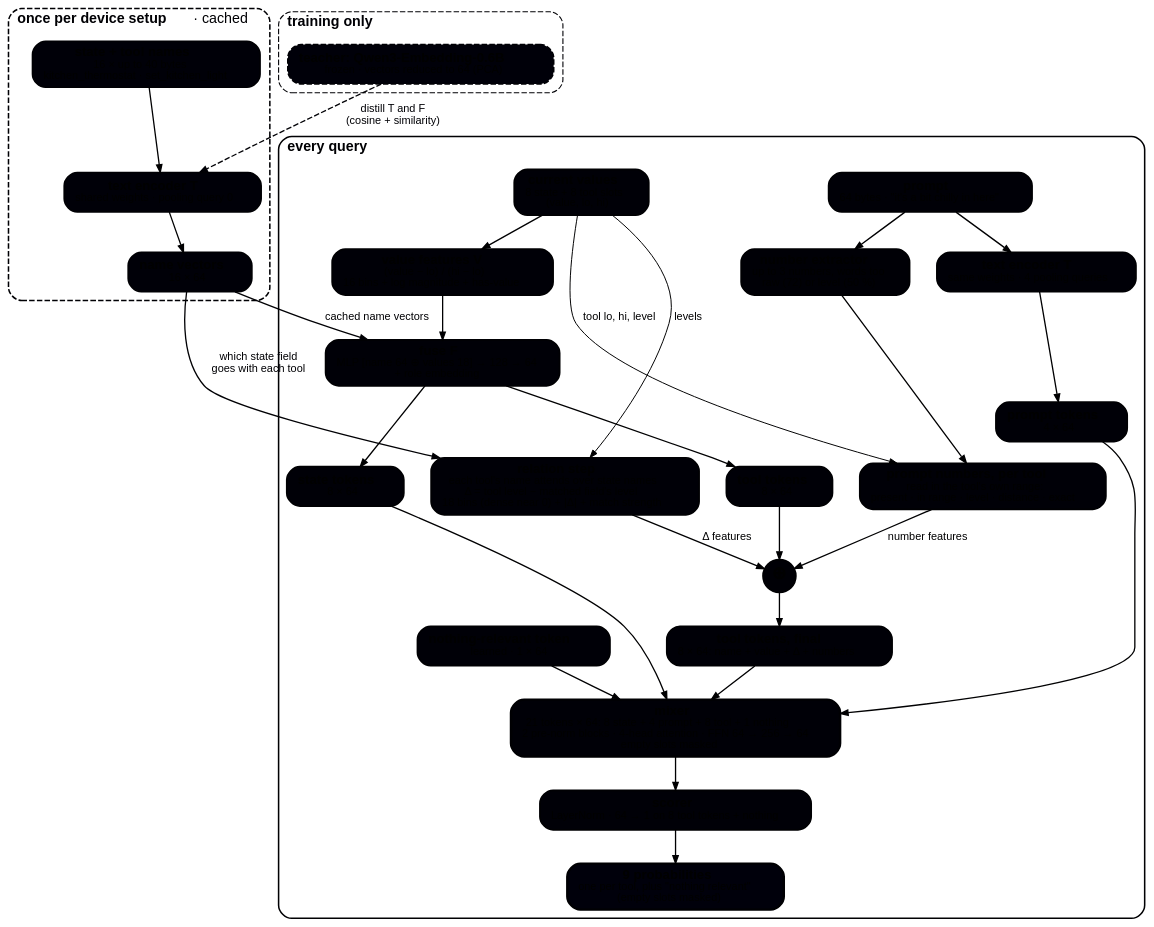
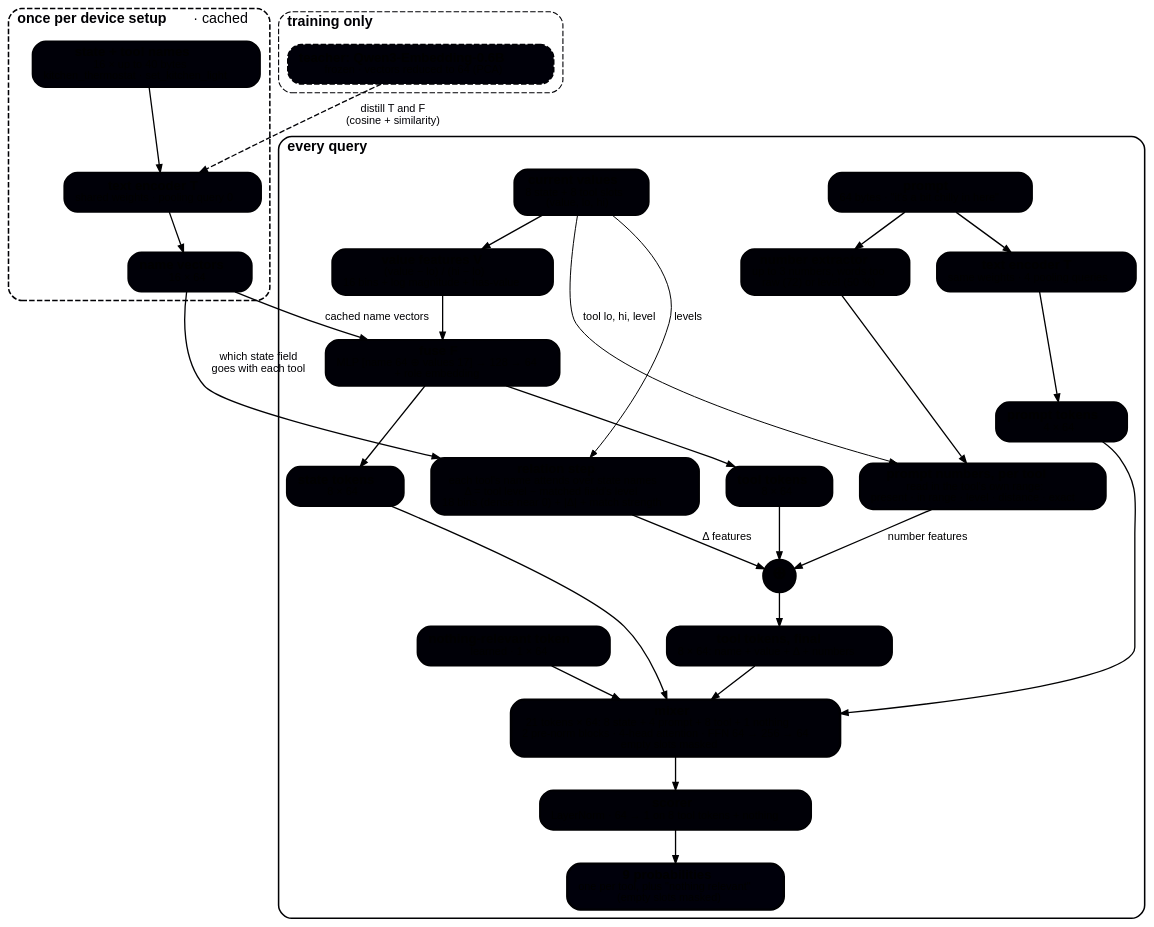
Before and after one commit to tlack/dink: the diagram in docs/architecture.dot, drawn with Graphviz. The commit also changed 7 other files, not shown here.

Commit message:
README for release: Dink illustration, worked examples, v13 results, limitations, exact v13 recipe; LICENSE covers weights (drop stray paragraph from another project); docs: fix architecture numbers, mark PLAN/scenarios as working notes, drop local paths

```diff
--- a/docs/architecture.dot
+++ b/docs/architecture.dot
@@ -1,80 +1,80 @@
 // Dink network, v2 (2026-09-26). Rendered by docs/render_architecture.py.
 // Colors are placeholders (#0000xx) that the renderer maps to theme colors:
 //   01 ink  02 muted  03 query  04 cached  05 train  06 panel  07 query fill  08 cached fill
 //   09 train fill  0a rule  0b output fill
 digraph dink {
   graph [rankdir=TB, bgcolor="transparent", fontname="Helvetica", fontsize=13, fontcolor="#000001",
          nodesep=0.35, ranksep=0.42, pad=0.2, newrank=true, compound=true];
   node  [shape=box, style="rounded,filled", fontname="Helvetica", fontsize=12, fontcolor="#000001",
          color="#000003", fillcolor="#000007", penwidth=1.6, margin="0.14,0.07"];
   edge  [color="#000002", penwidth=1.2, arrowsize=0.7, fontname="Helvetica", fontsize=10, fontcolor="#000002"];
 
   subgraph cluster_setup {
     label=<<b>once per device setup</b> · cached>; labeljust=l; style="rounded,dashed"; color="#000004";
     fontcolor="#000004"; penwidth=1.4;
     node [color="#000004", fillcolor="#000008"];
     names  [label=<<b>state + tool names</b><br/><font point-size="10">16 × up to 40 bytes<br/>kitchen_thermostat · set_kitchen_light</font>>];
     tn     [label=<<b>text encoder T</b><br/><font point-size="10">shared weights · pooling query 0</font>>];
     nvec   [label=<<b>name vectors</b><br/><font point-size="10">16 × 64</font>>];
     names -> tn -> nvec;
   }
 
   subgraph cluster_query {
     label=<<b>every query</b>>; labeljust=l; style="rounded"; color="#000003"; fontcolor="#000003"; penwidth=1.4;
 
     prompt [label=<<b>prompt</b><br/><font point-size="10">64 bytes · "it's a bit chilly in here"</font>>];
     vals   [label=<<b>current values</b><br/><font point-size="10">8 state + 8 tool slots<br/>(value, lo, hi)</font>>];
 
     tp     [label=<<b>text encoder T</b><br/><font point-size="10">same weights · 4 pooling queries</font>>];
     nums   [label=<<b>number extractor</b><br/><font point-size="10">up to 3 numbers, words too<br/>raw (72) or level (50 %)</font>>, fillcolor="#000006"];
     vfeat  [label=<<b>value features V</b><br/><font point-size="10">(value − lo) / (hi − lo)<br/>16 bins + log magnitude + has-value</font>>];
 
-    fuse   [label=<<b>fuse F</b><br/><font point-size="10">MLP [name 64 ⊕ values 18] → 128 → 64<br/>+ role embedding</font>>];
+    fuse   [label=<<b>fuse F</b><br/><font point-size="10">MLP [name 64 ⊕ values 17] → 128 → 64<br/>+ role embedding</font>>];
     ptok   [label=<<b>prompt tokens</b><br/><font point-size="10">4 × 64</font>>];
     stok   [label=<<b>state tokens</b><br/><font point-size="10">8 × 64</font>>];
     ttok   [label=<<b>tool tokens</b><br/><font point-size="10">8 × 64</font>>];
 
     rel    [label=<<b>relation step</b><br/><font point-size="10">each tool's name attends over state names<br/>Δ = tool level − matched field's level<br/>18 bins (dense near 0) + |Δ| + match strength</font>>];
     pnum   [label=<<b>prompt numbers, per tool</b><br/><font point-size="10">read in the tool's own range:<br/>present · in range · level · distance · exact</font>>];
     none   [label=<<b>nothing-relevant token</b><br/><font point-size="10">learned · 1 × 64</font>>];
 
     mixer  [label=<<b>mixer</b><br/><font point-size="10">21 tokens × 64: 8 state + 4 prompt + 8 tool + 1 nothing<br/>2 pre-norm blocks · 4-head attention · FFN 64 → 256 → 64<br/>empty slots masked</font>>, penwidth=2.2];
     score  [label=<<b>scorer</b><br/><font point-size="10">LayerNorm · 64 → 1 on 8 tool tokens + nothing</font>>];
     out    [label=<<b>9 probabilities</b><br/><font point-size="10">one per tool, plus "nothing relevant"<br/>(empty slots masked)</font>>, fillcolor="#00000b", penwidth=2.2];
 
     plus   [label=<<b>⊕</b>>, shape=circle, fixedsize=true, width=0.42, fontsize=16, fillcolor="#000006"];
     ttok2  [label=<<b>tool tokens, final</b><br/><font point-size="10">8 × 64: name + value + Δ + numbers</font>>];
 
     prompt -> tp -> ptok;
     prompt -> nums;
     vals -> vfeat -> fuse;
     vals -> rel  [label=" levels", penwidth=0.9];
     vals -> pnum [label=" tool lo, hi, level", penwidth=0.9];
     fuse -> stok;
     fuse -> ttok;
     nums -> pnum;
     ttok -> plus;
     rel  -> plus [label=" Δ features"];
     pnum -> plus [label=" number features"];
     plus -> ttok2;
     ptok  -> mixer;
     stok  -> mixer;
     ttok2 -> mixer;
     none  -> mixer;
     mixer -> score -> out;
 
     {rank=same; prompt; vals}
     {rank=same; tp; nums; vfeat}
     {rank=same; stok; ttok; rel; pnum}
   }
 
   nvec -> fuse [label=" cached name vectors", color="#000004", fontcolor="#000004"];
   nvec -> rel  [color="#000004", label=" which state field\n goes with each tool", fontcolor="#000004"];
 
   subgraph cluster_train {
     label=<<b>training only</b>>; labeljust=l; style="rounded,dashed"; color="#000005"; fontcolor="#000005";
     node [color="#000005", fillcolor="#000009", style="rounded,filled,dashed"];
     teacher [label=<<b>teacher: Qwen3-Embedding-0.6B</b><br/><font point-size="10">frozen · vectors reduced to 64 (PCA)</font>>];
   }
   teacher -> tn [style=dashed, color="#000005", fontcolor="#000005", label=" distill T and F\n (cosine + similarity)"];
 }
```
